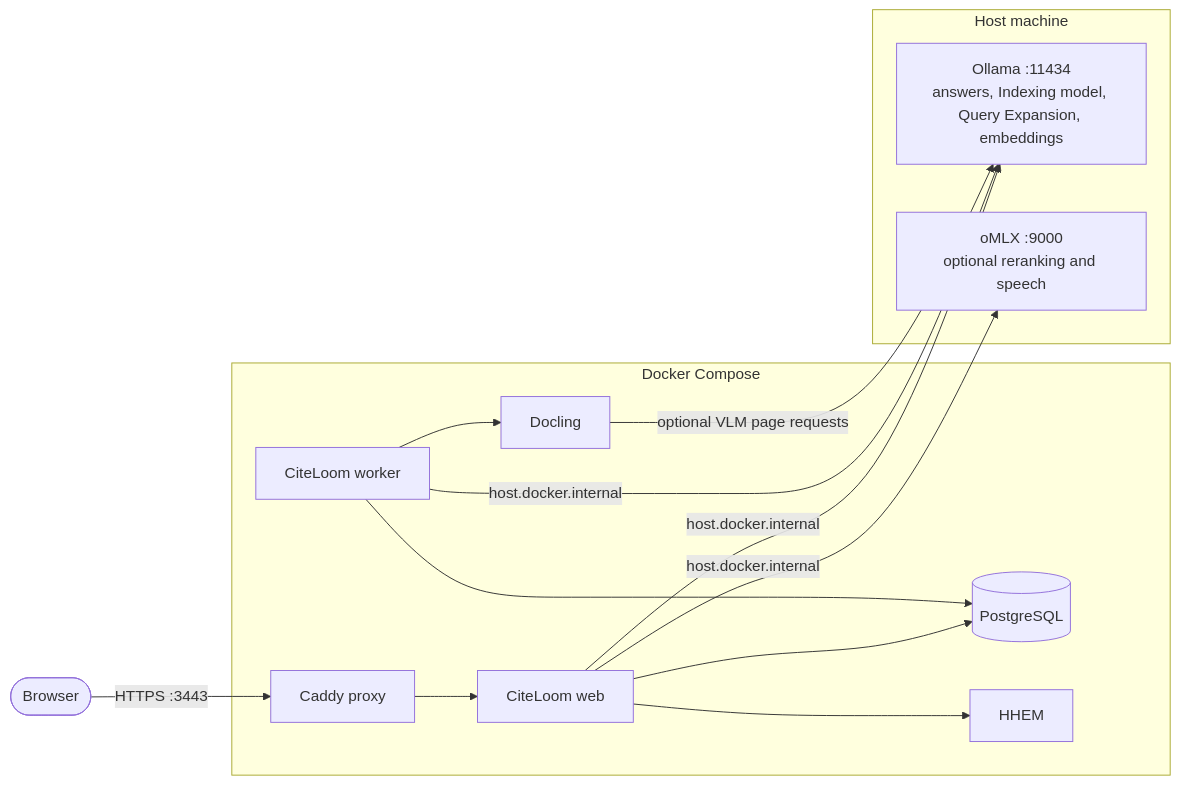
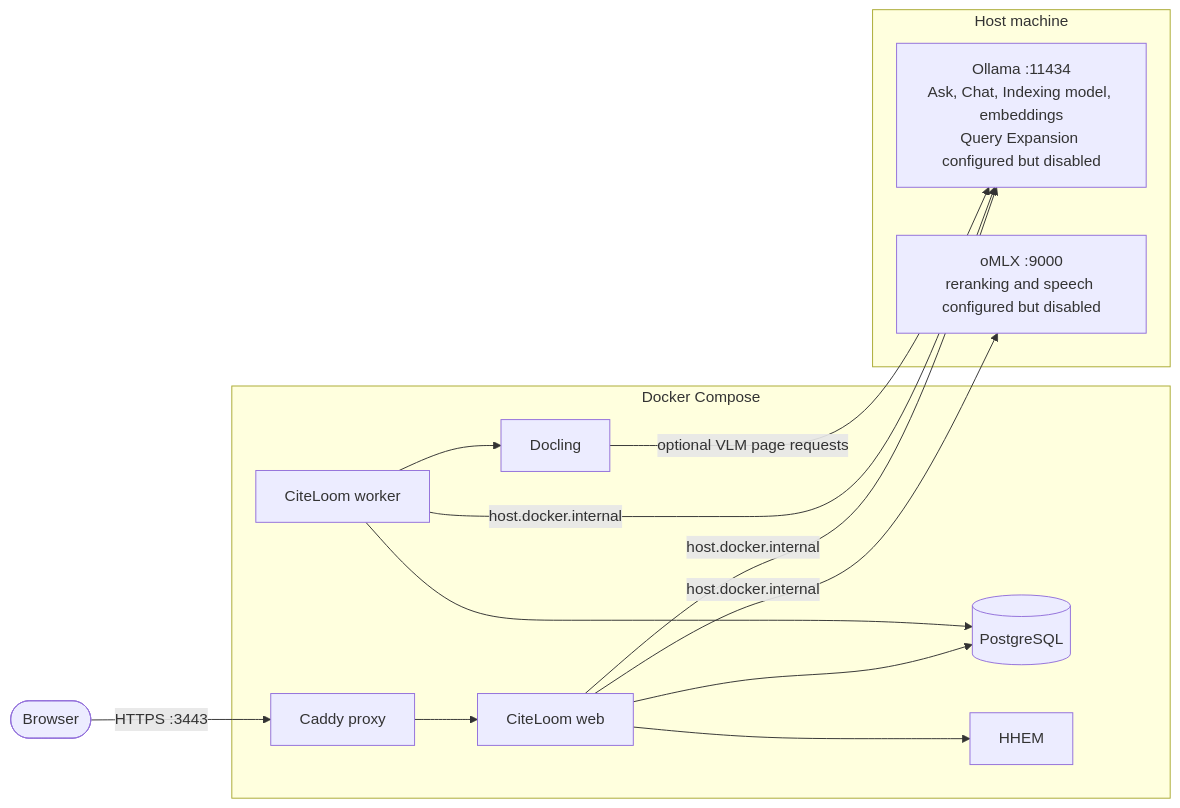
One commit to sageil/citeloom changed the first of 2 diagrams in README.md. Above: the diagram before and after it, drawn with Mermaid. The commit also changed other lines of this file, not shown here.

````diff
--- a/README.md
+++ b/README.md
@@ -140,22 +171,22 @@
 ```mermaid
 flowchart LR
     Browser([Browser]) -->|HTTPS :3443| Proxy[Caddy proxy]
 
     subgraph Docker[Docker Compose]
         Proxy --> Web[CiteLoom web]
         Web --> Database[(PostgreSQL)]
         Worker[CiteLoom worker] --> Database
         Worker --> Docling[Docling]
         Web --> HHEM[HHEM]
     end
 
     subgraph Host[Host machine]
-        Ollama[Ollama :11434<br/>answers, Indexing model, Query Expansion, embeddings]
-        OMLX[oMLX :9000<br/>optional reranking and speech]
+        Ollama[Ollama :11434<br/>Ask, Chat, Indexing model, embeddings<br/>Query Expansion configured but disabled]
+        OMLX[oMLX :9000<br/>reranking and speech configured but disabled]
     end
 
     Web -->|host.docker.internal| Ollama
     Worker -->|host.docker.internal| Ollama
     Docling -->|optional VLM page requests| Ollama
     Web -->|host.docker.internal| OMLX
 ```
````
